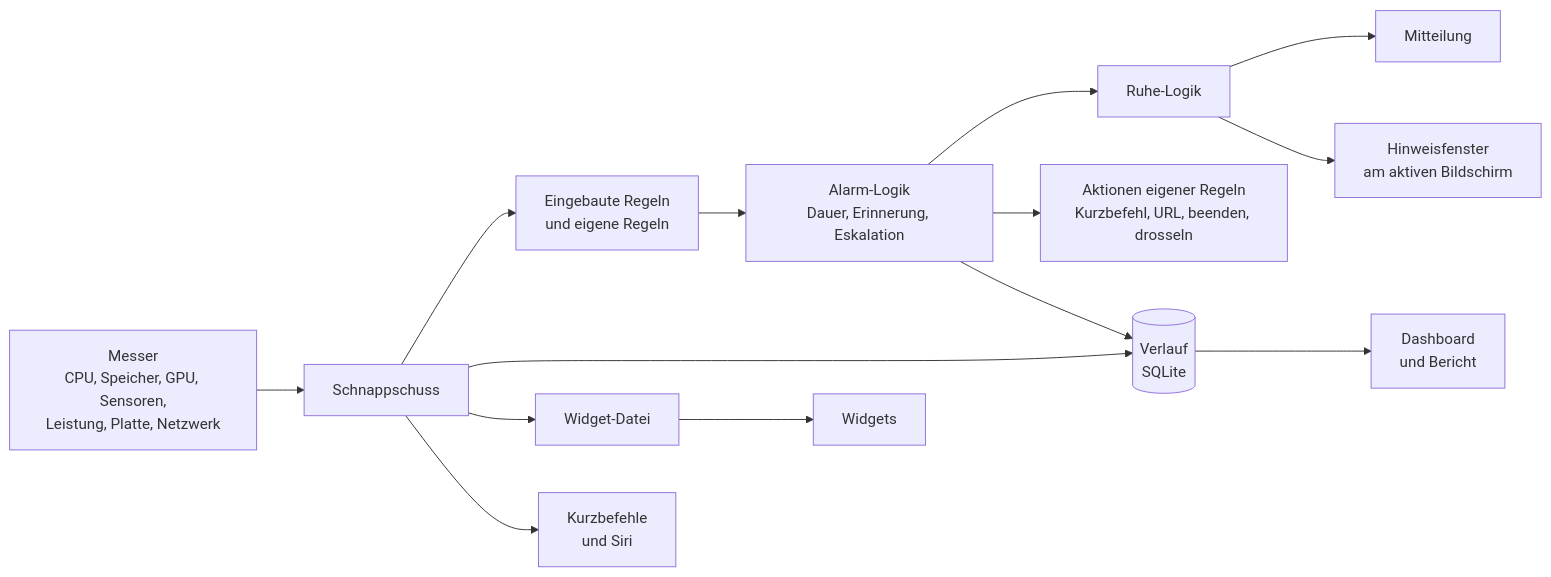
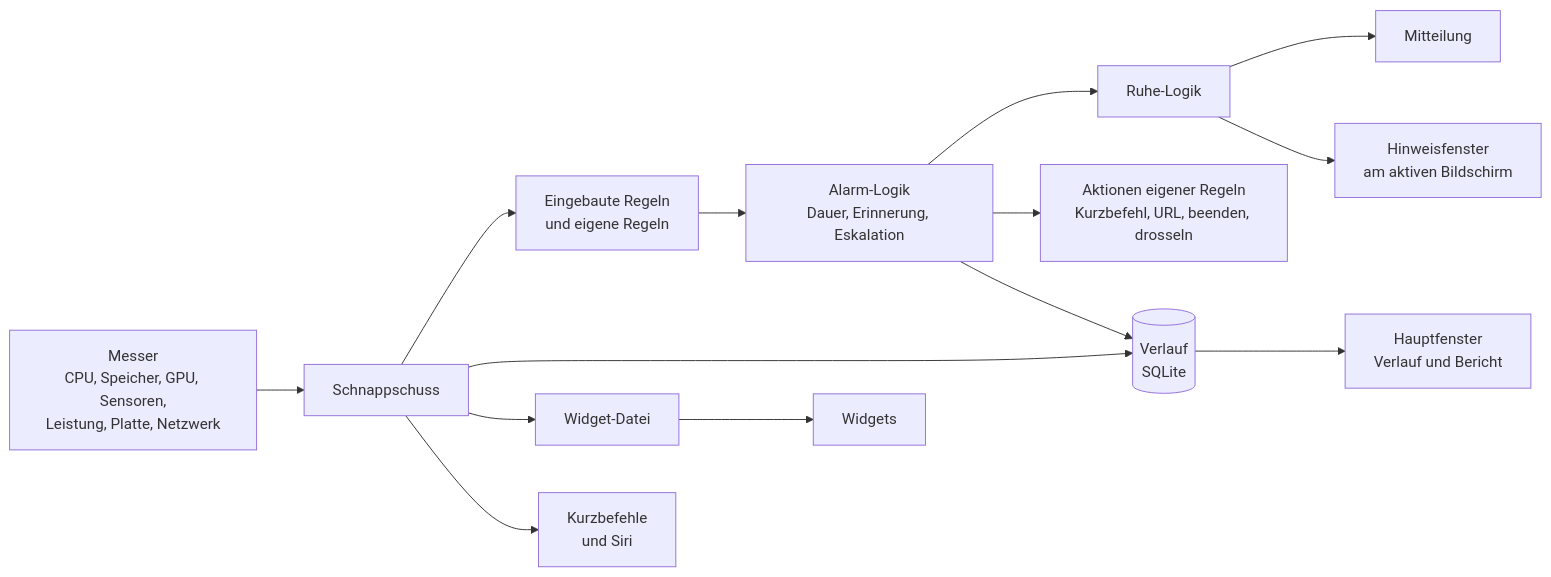
One commit to fbrogno/mac-monitor changed the first of 2 diagrams in README.de.md. Above: the diagram before and after it, drawn with Mermaid. The commit also changed other lines of this file and 36 other files, not shown here.

````diff
--- a/README.de.md
+++ b/README.de.md
@@ -316,16 +333,16 @@
 ```mermaid
 flowchart LR
     S["Messer<br/>CPU, Speicher, GPU, Sensoren,<br/>Leistung, Platte, Netzwerk"] --> N["Schnappschuss"]
     N --> R["Eingebaute Regeln<br/>und eigene Regeln"]
     R --> E["Alarm-Logik<br/>Dauer, Erinnerung, Eskalation"]
     E --> Q["Ruhe-Logik"]
     Q --> B["Mitteilung"]
     Q --> O["Hinweisfenster<br/>am aktiven Bildschirm"]
     E --> A["Aktionen eigener Regeln<br/>Kurzbefehl, URL, beenden, drosseln"]
     N --> H[("Verlauf<br/>SQLite")]
     E --> H
-    H --> D["Dashboard<br/>und Bericht"]
+    H --> D["Hauptfenster<br/>Verlauf und Bericht"]
     N --> W["Widget-Datei"]
     W --> WG["Widgets"]
     N --> I["Kurzbefehle<br/>und Siri"]
 ```
````
